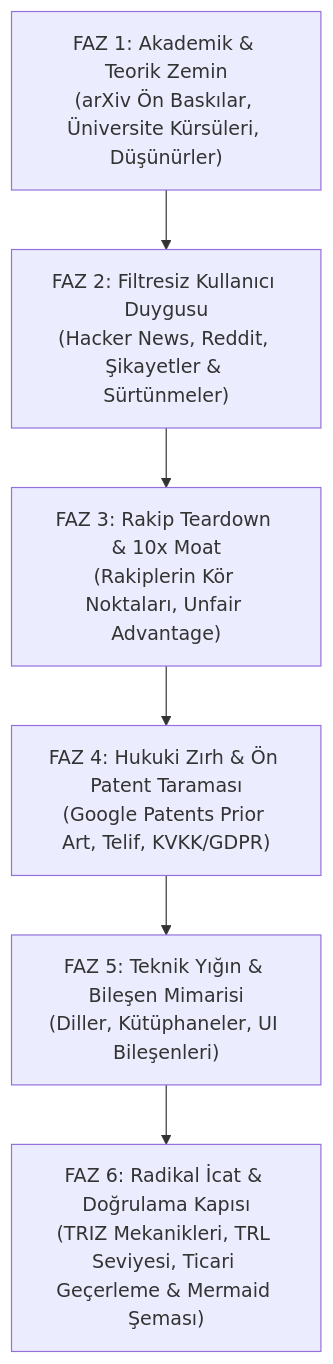
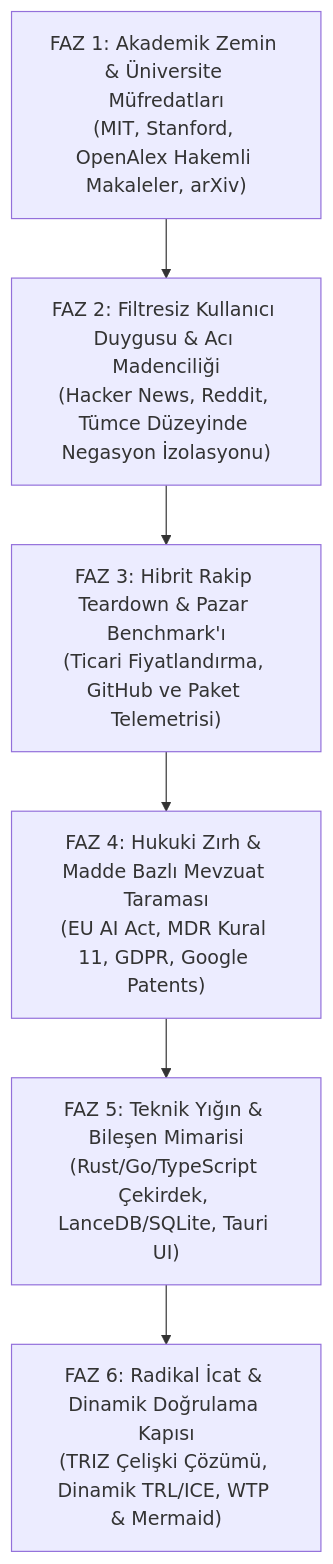
The diagram in SKILL.md (omerefezobar-jpg/zobar-skill), drawn with Mermaid before and after one commit. The commit also changed other lines of this file and 12 other files, not shown here.

Commit message:
feat: university curriculum engine, clause sentiment miner, dynamic TRIZ metrics, and 20-case statutory benchmark suite

````diff
--- a/SKILL.md
+++ b/SKILL.md
@@ -29,8 +29,8 @@
 ```mermaid
 flowchart TD
-    A["FAZ 1: Akademik & Teorik Zemin<br/>(arXiv Ön Baskılar, Üniversite Kürsüleri, Düşünürler)"] --> B["FAZ 2: Filtresiz Kullanıcı Duygusu<br/>(Hacker News, Reddit, Şikayetler & Sürtünmeler)"]
-    B --> C["FAZ 3: Rakip Teardown & 10x Moat<br/>(Rakiplerin Kör Noktaları, Unfair Advantage)"]
-    C --> D["FAZ 4: Hukuki Zırh & Ön Patent Taraması<br/>(Google Patents Prior Art, Telif, KVKK/GDPR)"]
-    D --> E["FAZ 5: Teknik Yığın & Bileşen Mimarisi<br/>(Diller, Kütüphaneler, UI Bileşenleri)"]
-    E --> F["FAZ 6: Radikal İcat & Doğrulama Kapısı<br/>(TRIZ Mekanikleri, TRL Seviyesi, Ticari Geçerleme & Mermaid Şeması)"]
+    A["FAZ 1: Akademik Zemin & Üniversite Müfredatları<br/>(MIT, Stanford, OpenAlex Hakemli Makaleler, arXiv)"] --> B["FAZ 2: Filtresiz Kullanıcı Duygusu & Acı Madenciliği<br/>(Hacker News, Reddit, Tümce Düzeyinde Negasyon İzolasyonu)"]
+    B --> C["FAZ 3: Hibrit Rakip Teardown & Pazar Benchmark'ı<br/>(Ticari Fiyatlandırma, GitHub ve Paket Telemetrisi)"]
+    C --> D["FAZ 4: Hukuki Zırh & Madde Bazlı Mevzuat Taraması<br/>(EU AI Act, MDR Kural 11, GDPR, Google Patents)"]
+    D --> E["FAZ 5: Teknik Yığın & Bileşen Mimarisi<br/>(Rust/Go/TypeScript Çekirdek, LanceDB/SQLite, Tauri UI)"]
+    E --> F["FAZ 6: Radikal İcat & Dinamik Doğrulama Kapısı<br/>(TRIZ Çelişki Çözümü, Dinamik TRL/ICE, WTP & Mermaid)"]
 ```
````
